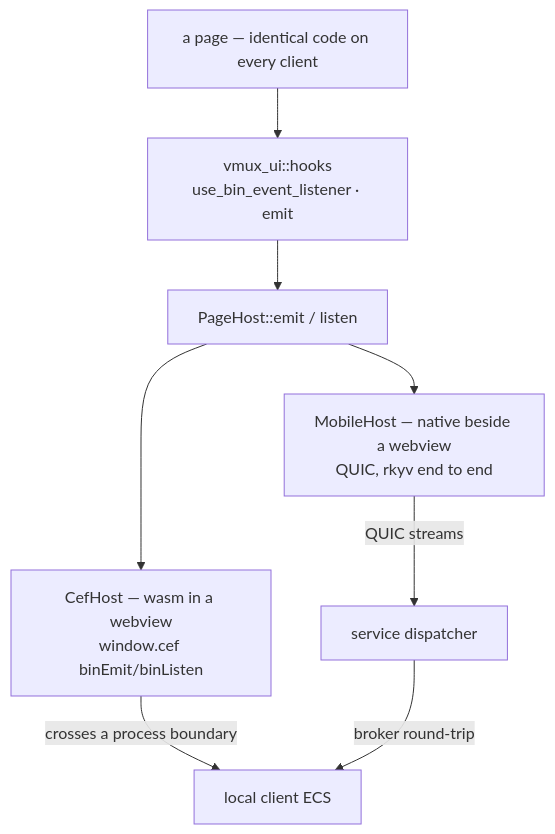
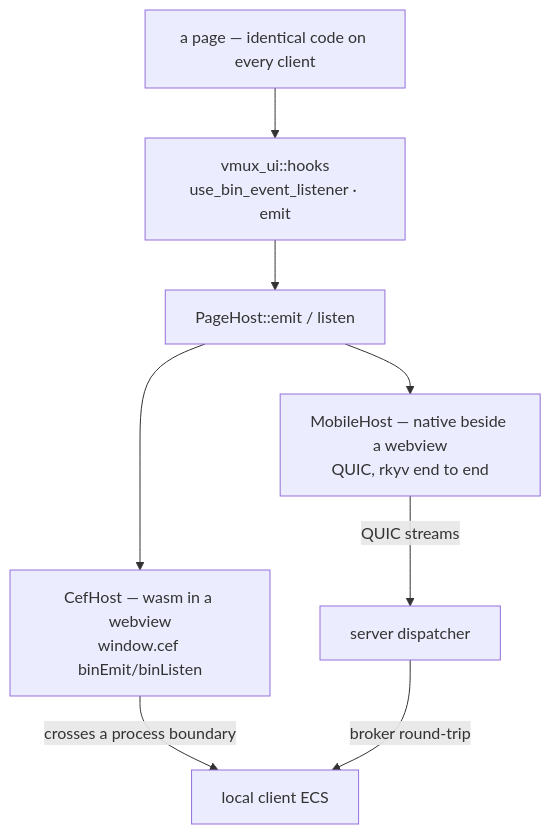
The second of 2 diagrams in docs/architecture/topology.md (vmux-ai/vmux), drawn with Mermaid before and after one commit. The commit also changed other lines of this file, not shown here.

Commit message:
docs(topology): name the role server, not service

````diff
--- a/docs/architecture/topology.md
+++ b/docs/architecture/topology.md
@@ -61,15 +66,15 @@
 ```mermaid
 flowchart TB
     page["a page — identical code on every client"]
     hooks["vmux_ui::hooks<br/>use_bin_event_listener · emit"]
     trait["PageHost::emit / listen"]
 
     page --> hooks --> trait
 
     trait --> cefhost["CefHost — wasm in a webview<br/>window.cef binEmit/binListen"]
     trait --> remotehost["MobileHost — native beside a webview<br/>QUIC, rkyv end to end"]
 
     cefhost -->|"crosses a process boundary"| ecs["local client ECS"]
-    remotehost -->|"QUIC streams"| service["service dispatcher"]
+    remotehost -->|"QUIC streams"| service["server dispatcher"]
     service -->|"broker round-trip"| ecs
 ```
````
